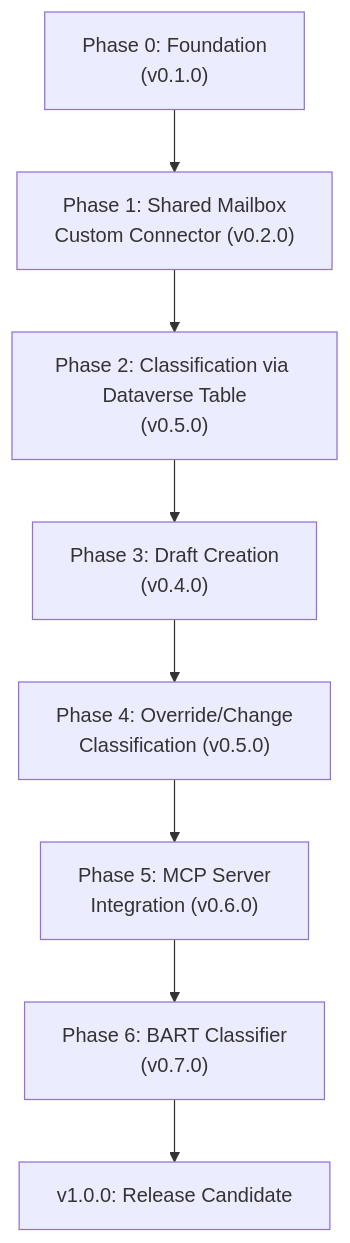
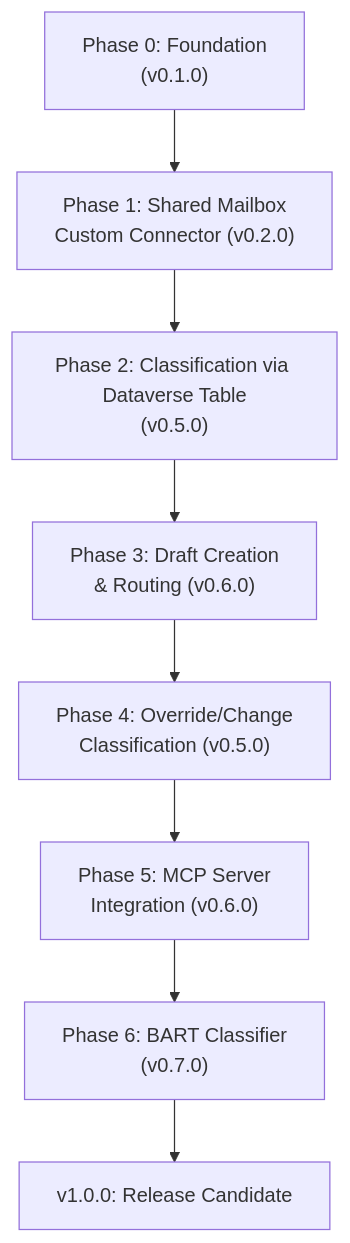
One commit to holgerimbery/bridge365 changed the diagram in docs/implementation-plan.md. Above: the diagram before and after it, drawn with Mermaid. The commit also changed other lines of this file and 6 other files, not shown here.

First line of the commit message:
feat: Phase 3 draft creation & routing - categories, move, delta, attachments, extended properties (v0.6.0)

````diff
--- a/docs/implementation-plan.md
+++ b/docs/implementation-plan.md
@@ -19,10 +19,10 @@
 ```mermaid
 graph TD
     A["Phase 0: Foundation<br/>(v0.1.0)"] --> B["Phase 1: Shared Mailbox<br/>Custom Connector (v0.2.0)"]
     B --> C["Phase 2: Classification via Dataverse Table<br/>(v0.5.0)"]
-    C --> D["Phase 3: Draft Creation<br/>(v0.4.0)"]
+    C --> D["Phase 3: Draft Creation<br/>& Routing (v0.6.0)"]
     D --> E["Phase 4: Override/Change<br/>Classification (v0.5.0)"]
     E --> F["Phase 5: MCP Server<br/>Integration (v0.6.0)"]
     F --> G["Phase 6: BART Classifier<br/>(v0.7.0)"]
     G --> H["v1.0.0: Release Candidate"]
 ```
````
